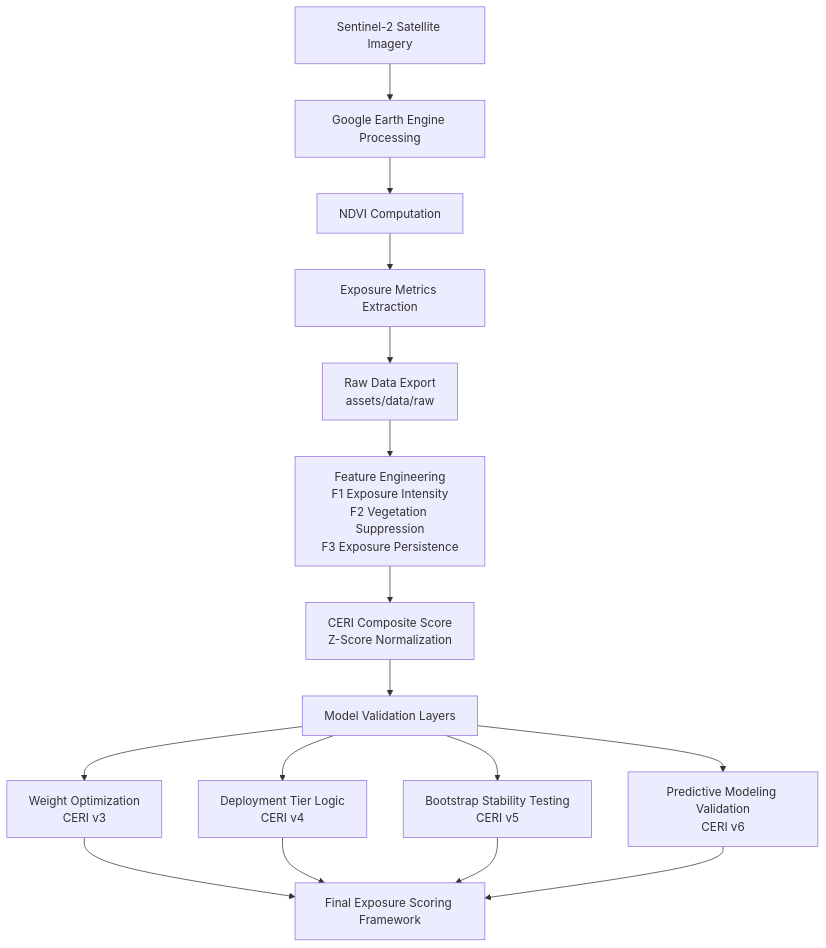
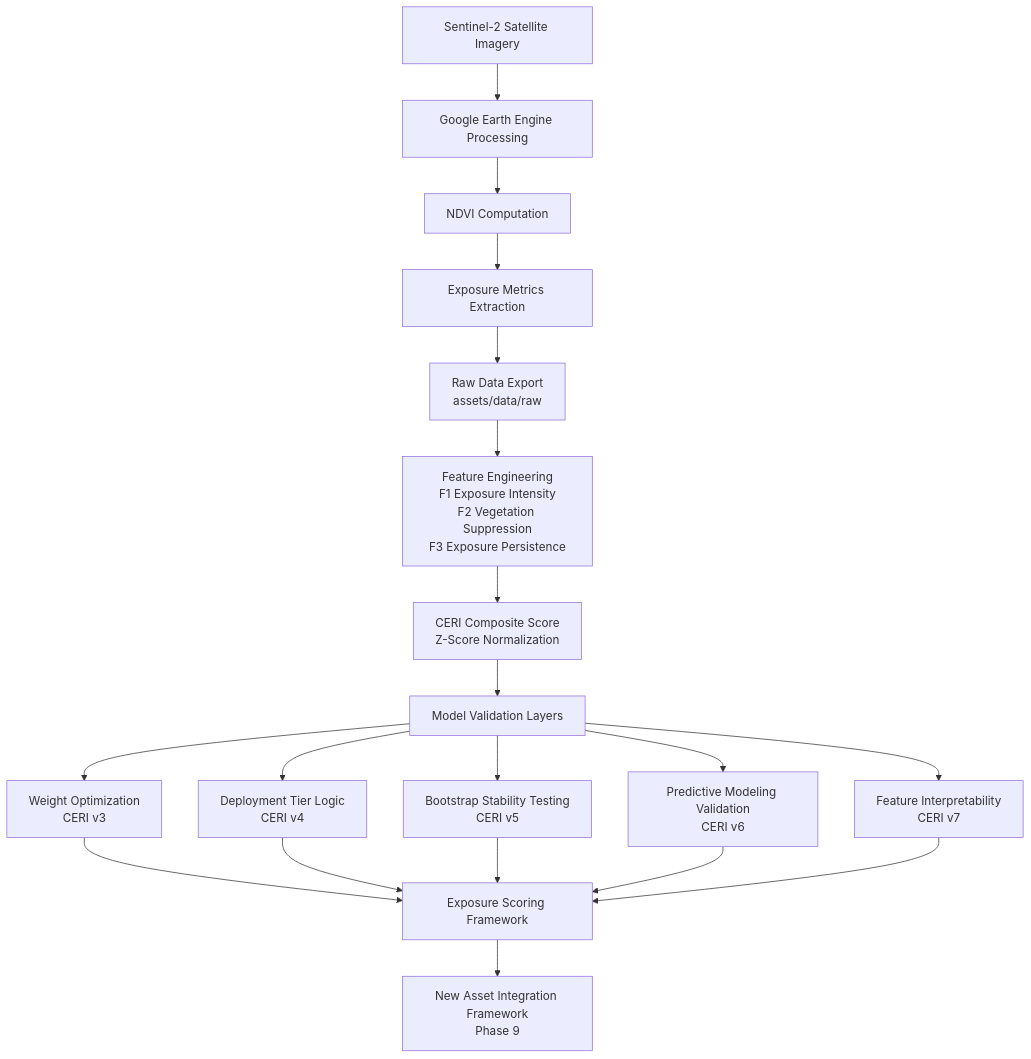
One commit to aniray2908/satellite-esg-risk-engine changed the diagram in README.md. Above: the diagram before and after it, drawn with Mermaid.

````diff
--- a/README.md
+++ b/README.md
@@ -42,26 +42,30 @@
 ```mermaid
 flowchart TD
 
 A[Sentinel-2 Satellite Imagery] --> B[Google Earth Engine Processing]
 
 B --> C[NDVI Computation]
 C --> D[Exposure Metrics Extraction]
 
 D --> E[Raw Data Export<br>assets/data/raw]
 
 E --> F[Feature Engineering<br>F1 Exposure Intensity<br>F2 Vegetation Suppression<br>F3 Exposure Persistence]
 
 F --> G[CERI Composite Score<br>Z-Score Normalization]
 
 G --> H[Model Validation Layers]
 
 H --> I[Weight Optimization<br>CERI v3]
 H --> J[Deployment Tier Logic<br>CERI v4]
 H --> K[Bootstrap Stability Testing<br>CERI v5]
-H --> M[Predictive Modeling Validation<br>CERI v6]
+H --> L[Predictive Modeling Validation<br>CERI v6]
+H --> M[Feature Interpretability<br>CERI v7]
 
-I --> L[Final Exposure Scoring Framework]
-J --> L
-K --> L
-M --> L
+I --> N[Exposure Scoring Framework]
+J --> N
+K --> N
+L --> N
+M --> N
+
+N --> O[New Asset Integration Framework<br>Phase 9]
 ```
````
